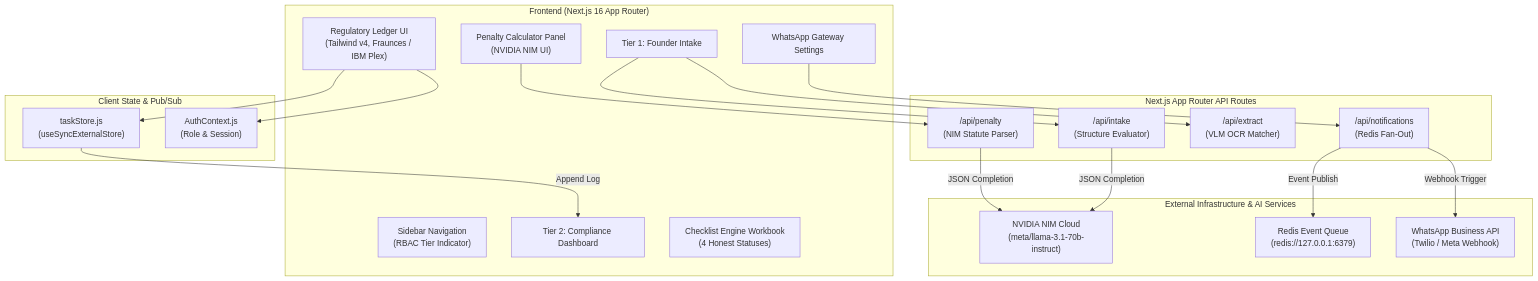
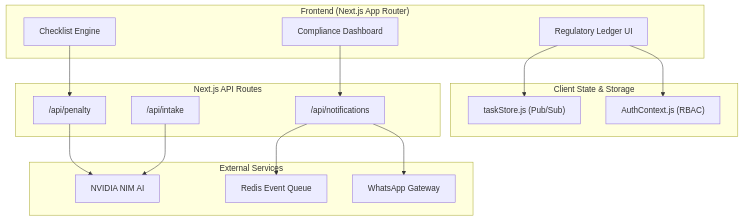
One commit to Sriram-Nambiar/Docket changed the diagram in README.md. Above: the diagram before and after it, drawn with Mermaid. The commit also changed other lines of this file and 13 other files, not shown here.

Commit message:
docs & ui: add architecture & block diagram files (PDF, MD, HTML), fix WhatsApp audit feed and sidebar layout, update README

````diff
--- a/README.md
+++ b/README.md
@@ -99,43 +31,35 @@
 ```mermaid
 flowchart TD
-    subgraph Client ["Frontend (Next.js 16 App Router)"]
-        UI["Regulatory Ledger UI<br/>(Tailwind v4, Fraunces / IBM Plex)"]
-        Sidebar["Sidebar Navigation<br/>(RBAC Tier Indicator)"]
-        Intake["Tier 1: Founder Intake"]
-        Dash["Tier 2: Compliance Dashboard"]
-        Checklist["Checklist Engine Workbook<br/>(4 Honest Statuses)"]
-        PenaltyUI["Penalty Calculator Panel<br/>(NVIDIA NIM UI)"]
-        WhatsAppUI["WhatsApp Gateway Settings"]
+    subgraph Client ["Frontend (Next.js App Router)"]
+        UI["Regulatory Ledger UI"]
+        Checklist["Checklist Engine"]
+        Dash["Compliance Dashboard"]
     end
 
-    subgraph State ["Client State & Pub/Sub"]
-        TaskStore["taskStore.js<br/>(useSyncExternalStore)"]
-        AuthCtx["AuthContext.js<br/>(Role & Session)"]
+    subgraph State ["Client State & Storage"]
+        TaskStore["taskStore.js (Pub/Sub)"]
+        AuthCtx["AuthContext.js (RBAC)"]
     end
 
-    subgraph API ["Next.js App Router API Routes"]
-        APIPenalty["/api/penalty<br/>(NIM Statute Parser)"]
-        APIIntake["/api/intake<br/>(Structure Evaluator)"]
-        APIExtract["/api/extract<br/>(VLM OCR Matcher)"]
-        APINotif["/api/notifications<br/>(Redis Fan-Out)"]
+    subgraph API ["Next.js API Routes"]
+        APIPenalty["/api/penalty"]
+        APIIntake["/api/intake"]
+        APINotif["/api/notifications"]
     end
 
-    subgraph External ["External Infrastructure & AI Services"]
-        NVIDIA["NVIDIA NIM Cloud<br/>(meta/llama-3.1-70b-instruct)"]
-        Redis["Redis Event Queue<br/>(redis://127.0.0.1:6379)"]
-        WA["WhatsApp Business API<br/>(Twilio / Meta Webhook)"]
+    subgraph External ["External Services"]
+        NVIDIA["NVIDIA NIM AI"]
+        Redis["Redis Event Queue"]
+        WA["WhatsApp Gateway"]
     end
 
     UI --> TaskStore
     UI --> AuthCtx
-    PenaltyUI --> APIPenalty
-    Intake --> APIIntake
-    Intake --> APIExtract
-    WhatsAppUI --> APINotif
+    Checklist --> APIPenalty
+    Dash --> APINotif
 
-    APIPenalty -->|JSON Completion| NVIDIA
-    APIIntake -->|JSON Completion| NVIDIA
-    APINotif -->|Event Publish| Redis
-    APINotif -->|Webhook Trigger| WA
-    TaskStore -->|Append Log| Dash
+    APIPenalty --> NVIDIA
+    APIIntake --> NVIDIA
+    APINotif --> Redis
+    APINotif --> WA
 ```
````
